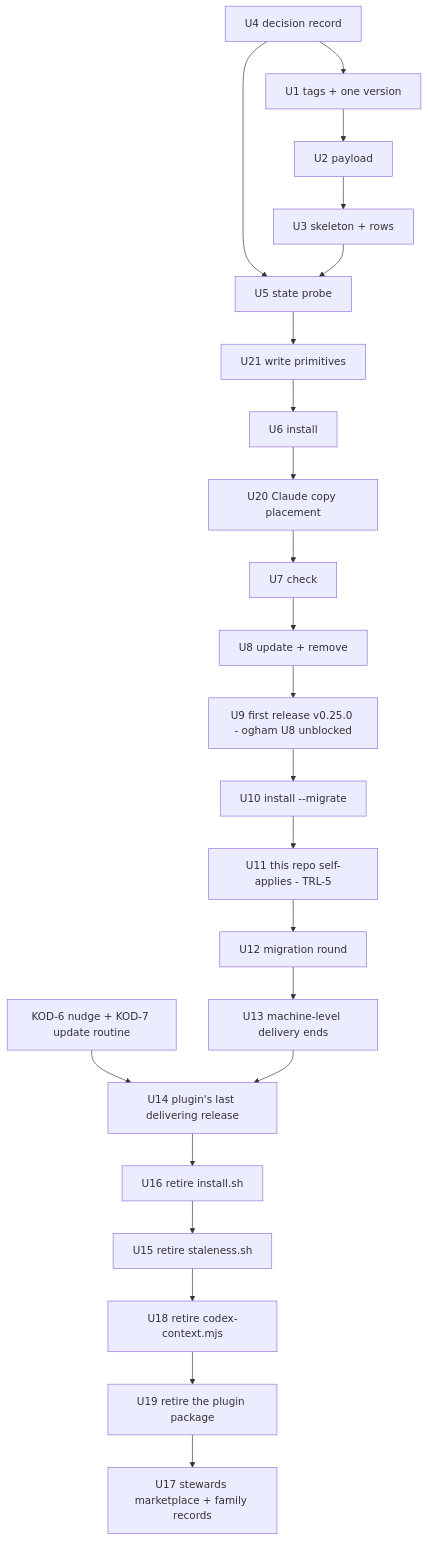
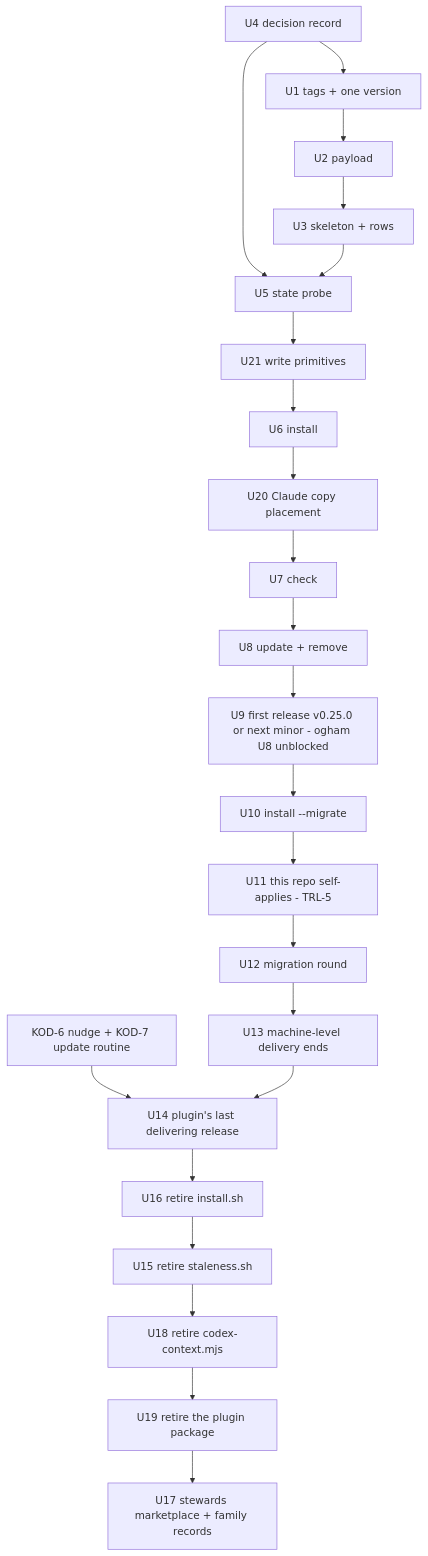
Before and after one commit to kodhama/trellis: the third of 3 diagrams in docs/plans/2026-10-09-1945-refactor-trellis-delivery-direction-plan.md, drawn with Mermaid. The commit also changed other lines of this file, not shown here.

````diff
--- a/docs/plans/2026-10-09-1945-refactor-trellis-delivery-direction-plan.md
+++ b/docs/plans/2026-10-09-1945-refactor-trellis-delivery-direction-plan.md
@@ -335,17 +335,17 @@
 ```mermaid
 flowchart TB
   U4[U4 decision record] --> U1[U1 tags + one version] --> U2[U2 payload]
   U2 --> U3[U3 skeleton + rows]
   U4 --> U5[U5 state probe]
   U3 --> U5 --> U21[U21 write primitives] --> U6[U6 install] --> U20[U20 Claude copy placement] --> U7[U7 check] --> U8[U8 update + remove]
-  U8 --> U9[U9 first release v0.25.0 - ogham U8 unblocked]
+  U8 --> U9[U9 first release v0.25.0 or next minor - ogham U8 unblocked]
   U9 --> U10[U10 install --migrate]
   U10 --> U11[U11 this repo self-applies - TRL-5]
   U11 --> U12[U12 migration round]
   U12 --> U13[U13 machine-level delivery ends]
   KOD[KOD-6 nudge + KOD-7 update routine] --> U14[U14 plugin's last delivering release]
   U13 --> U14 --> U16[U16 retire install.sh]
   U16 --> U15[U15 retire staleness.sh] --> U18[U18 retire codex-context.mjs]
   U18 --> U19[U19 retire the plugin package]
   U19 --> U17[U17 stewards marketplace + family records]
 ```
````
